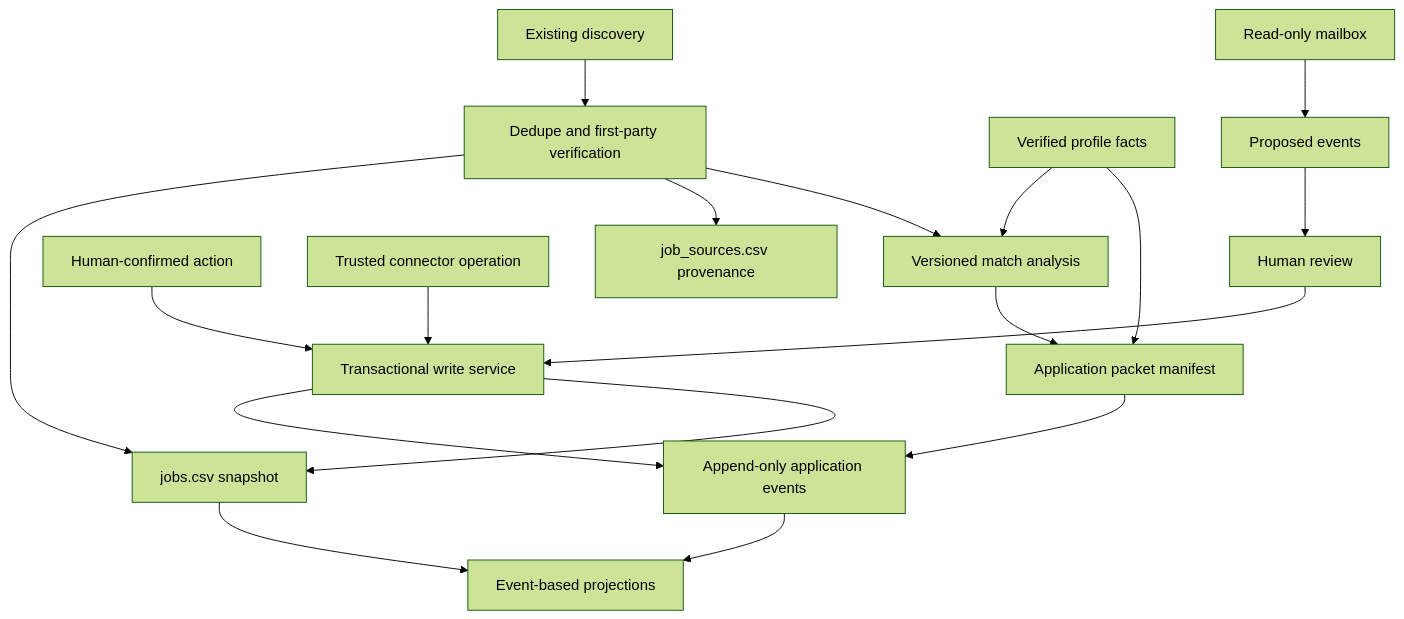
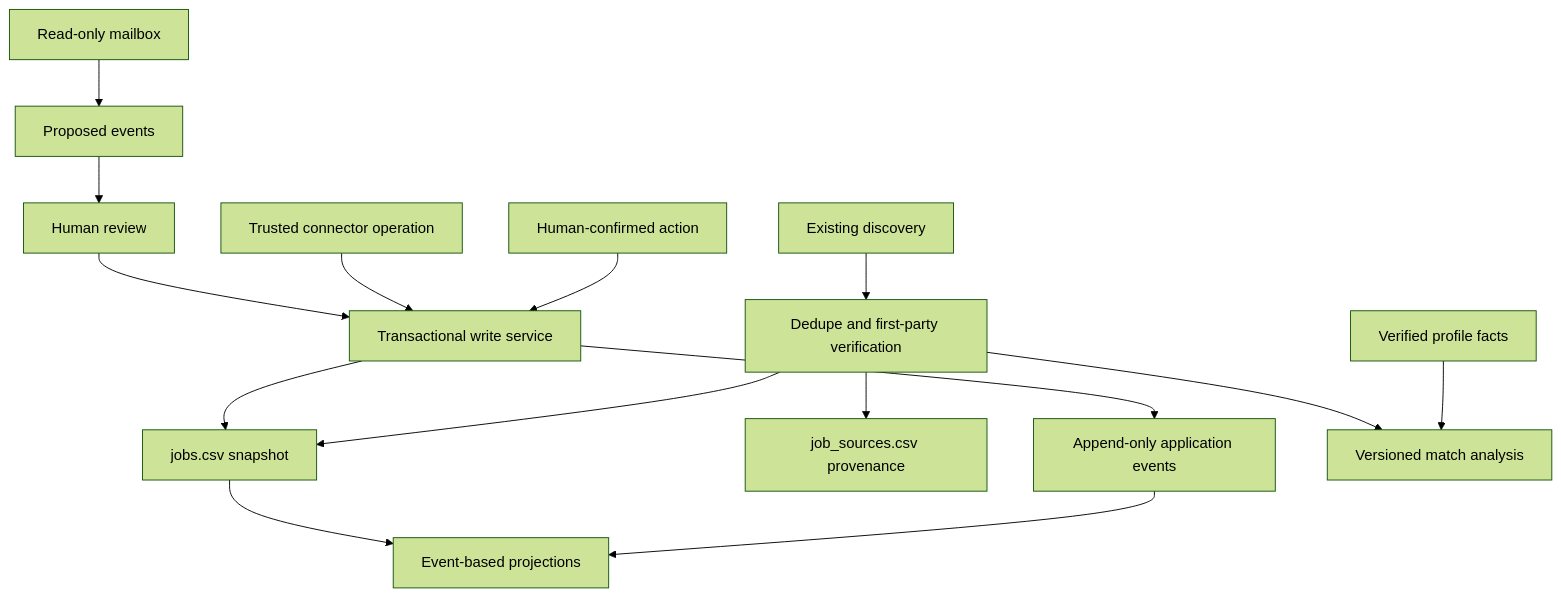
The diagram in docs/tracker-v3/implementation-plan.md (stupidkubik/job-searcher), drawn with Mermaid (forest theme) before and after one commit. The commit also changed other lines of this file and 8 other files, not shown here.

````diff
--- a/docs/tracker-v3/implementation-plan.md
+++ b/docs/tracker-v3/implementation-plan.md
@@ -46,24 +46,20 @@
 ```mermaid
 flowchart TD
     DISC["Existing discovery"] --> VERIFY["Dedupe and first-party verification"]
     VERIFY --> SNAP["jobs.csv snapshot"]
     VERIFY --> SOURCES["job_sources.csv provenance"]
 
     USER["Human-confirmed action"] --> WRITE["Transactional write service"]
     OPS["Trusted connector operation"] --> WRITE
     WRITE --> EVENTS["Append-only application events"]
     WRITE --> SNAP
 
     PROFILE["Verified profile facts"] --> MATCH["Versioned match analysis"]
     VERIFY --> MATCH
-    MATCH --> PACKET["Application packet manifest"]
-    PROFILE --> PACKET
-
     MAIL["Read-only mailbox"] --> PROPOSALS["Proposed events"]
     PROPOSALS --> REVIEW["Human review"]
     REVIEW --> WRITE
 
     EVENTS --> ANALYTICS["Event-based projections"]
     SNAP --> ANALYTICS
-    PACKET --> EVENTS
 ```
````
